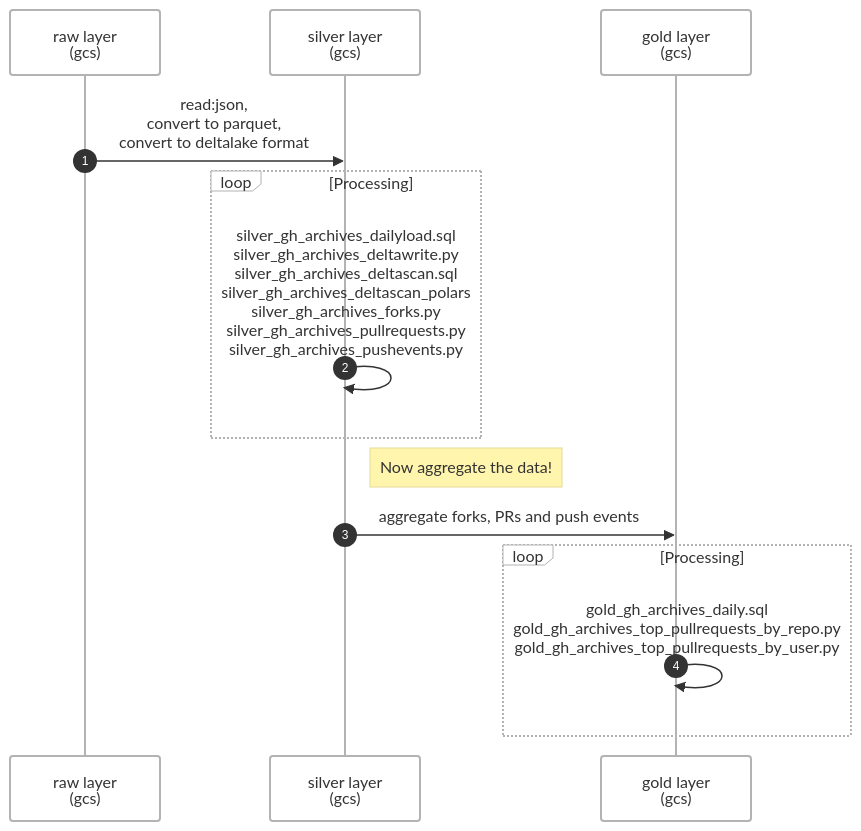
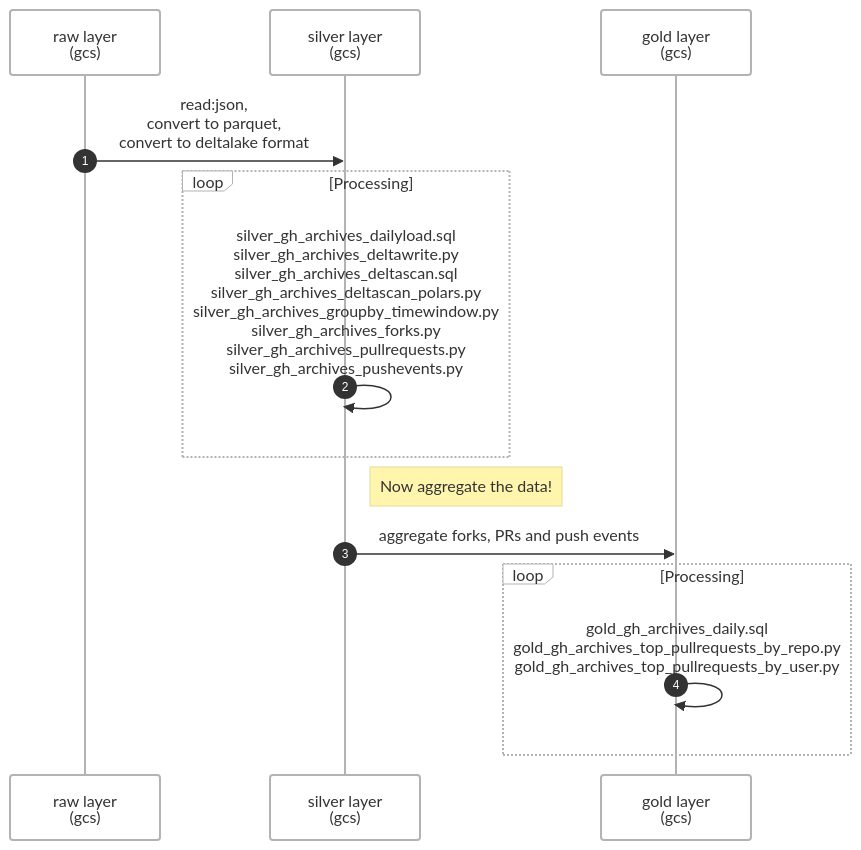
Before and after one commit to srikanthkote/trade_dbt_project: the second of 2 diagrams in README.md, drawn with Mermaid.

````diff
--- a/README.md
+++ b/README.md
@@ -26,21 +26,21 @@
 ```mermaid
 ---
 config:
   theme: neo
 ---
 sequenceDiagram
   participant Alice as raw layer<br>(gcs)
   participant John as silver layer<br>(gcs)
   participant Bob as gold layer<br>(gcs)
 
   autonumber
   Alice ->> John: read:json, <br>convert to parquet, <br> convert to deltalake format 
   loop Processing
-    John ->> John: silver_gh_archives_dailyload.sql <br> silver_gh_archives_deltawrite.py <br> silver_gh_archives_deltascan.sql <br> silver_gh_archives_deltascan_polars <br> silver_gh_archives_forks.py <br> silver_gh_archives_pullrequests.py <br> silver_gh_archives_pushevents.py
+    John ->> John: silver_gh_archives_dailyload.sql <br> silver_gh_archives_deltawrite.py <br> silver_gh_archives_deltascan.sql <br> silver_gh_archives_deltascan_polars.py <br> silver_gh_archives_groupby_timewindow.py <br> silver_gh_archives_forks.py <br> silver_gh_archives_pullrequests.py <br> silver_gh_archives_pushevents.py
   end
   Note right of John: Now aggregate the data!
   John ->> Bob: aggregate forks, PRs and push events
   loop Processing
     Bob ->> Bob: gold_gh_archives_daily.sql <br> gold_gh_archives_top_pullrequests_by_repo.py <br> gold_gh_archives_top_pullrequests_by_user.py
   end  
 ```
````
